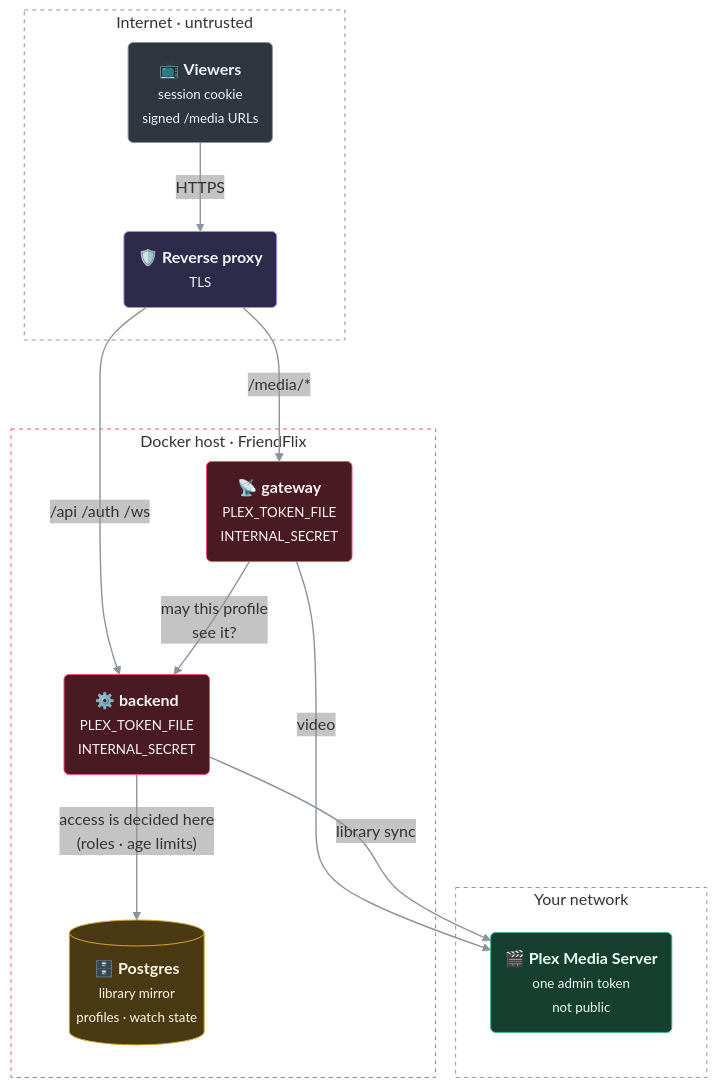
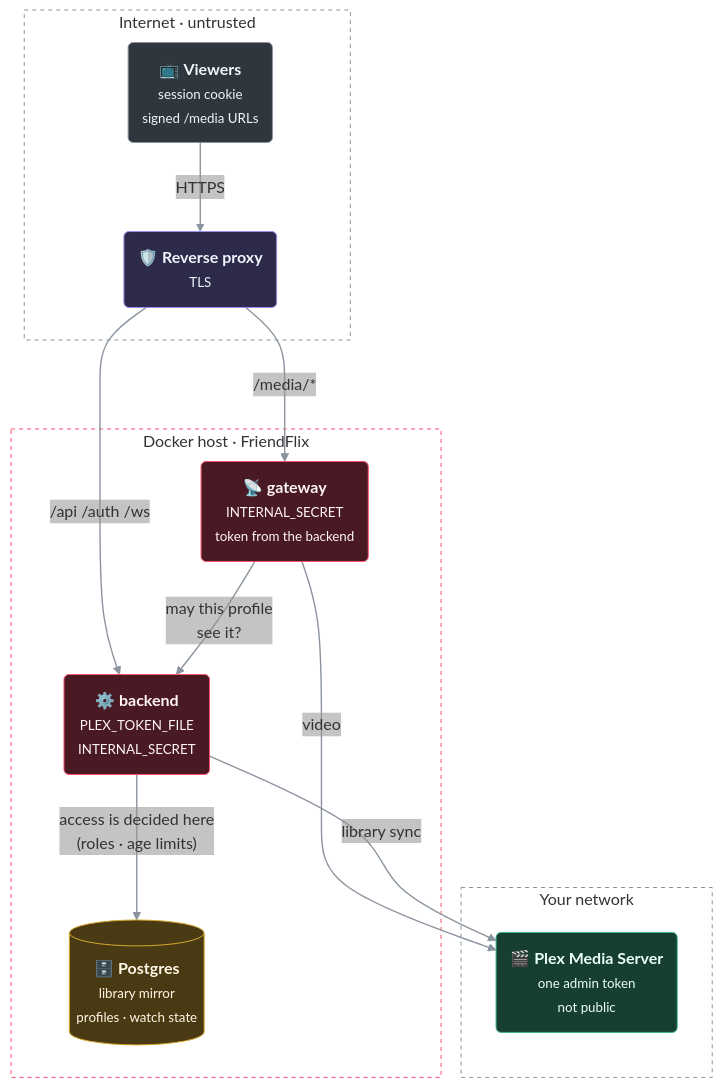
Before and after one commit to LetsManu/friendflix-plex: the fourth of 8 diagrams in docs/architecture.md, drawn with Mermaid. The commit also changed other lines of this file and 5 other files, not shown here.

First line of the commit message:
docs(plex): gateway gets the token from the backend everywhere; refresh interval, re-auth, DE quote, setup.md notes

````diff
--- a/docs/architecture.md
+++ b/docs/architecture.md
@@ -225,46 +225,46 @@
 ```mermaid
 ---
 config:
   flowchart:
     curve: basis
     nodeSpacing: 50
     rankSpacing: 65
     padding: 14
   themeVariables:
     edgeLabelBackground: 'rgba(150,150,150,0.12)'
   themeCSS: '.labelBkg { background-color: rgba(127,127,127,0.12) !important; }'
 ---
 flowchart TB
   accTitle: FriendFlix for Plex trust boundaries
-  accDescr: Viewers on the internet only hold a session cookie and signed media URLs. The Plex admin token lives only in the backend and gateway environment on the Docker host. The backend decides access from its Postgres mirror of the Plex library; the gateway asks it before every media request. Plex is on your own network and never reachable by a browser.
+  accDescr: Viewers on the internet only hold a session cookie and signed media URLs. The Plex admin token lives only in the backend (database, encrypted, or its environment); the gateway gets it from the backend over the internal network and keeps it in memory. The backend decides access from its Postgres mirror of the Plex library; the gateway asks it before every media request. Plex is on your own network and never reachable by a browser.
   subgraph PUB["Internet · untrusted"]
     V("📺 <b>Viewers</b><br/><small>session cookie<br/>signed /media URLs</small>"):::ext
     P("🛡️ <b>Reverse proxy</b><br/><small>TLS</small>"):::edge
   end
   subgraph HOST["Docker host · FriendFlix"]
-    GW("📡 <b>gateway</b><br/><small>PLEX_TOKEN_FILE<br/>INTERNAL_SECRET</small>"):::app
+    GW("📡 <b>gateway</b><br/><small>INTERNAL_SECRET<br/>token from the backend</small>"):::app
     BE("⚙️ <b>backend</b><br/><small>PLEX_TOKEN_FILE<br/>INTERNAL_SECRET</small>"):::app
     PG[("🗄️ <b>Postgres</b><br/><small>library mirror<br/>profiles · watch state</small>")]:::store
   end
   subgraph LAN["Your network"]
     PX("🎬 <b>Plex Media Server</b><br/><small>one admin token<br/>not public</small>"):::media
   end
   V -->|"HTTPS"| P
   P -->|"/media/*"| GW
   P -->|"/api /auth /ws"| BE
   GW -->|"may this profile<br/>see it?"| BE
   BE -->|"access is decided here<br/>(roles · age limits)"| PG
   GW ==>|"video"| PX
   BE -->|"library sync"| PX
   classDef ext fill:#30363d,stroke:#8b949e,stroke-width:1px,color:#f0f6fc
   classDef edge fill:#2d2a4a,stroke:#9d8cf0,stroke-width:1px,color:#f0f6fc
   classDef app fill:#4a1a24,stroke:#ff4f6d,stroke-width:1px,color:#fff5f7
   classDef store fill:#4a3a14,stroke:#d4a72c,stroke-width:1px,color:#fff8e6
   classDef media fill:#173f30,stroke:#3fb68b,stroke-width:1px,color:#eafff6
   classDef svc fill:#163e4c,stroke:#56b6d6,stroke-width:1px,color:#eaf9ff
   classDef fork fill:#4a1d3c,stroke:#e070b0,stroke-width:1px,stroke-dasharray:4 3,color:#fff0f8
   linkStyle default stroke:#8b949e,stroke-width:1.4px
   style PUB fill:none,stroke:#8b949e,stroke-width:1px,stroke-dasharray:4 4
   style LAN fill:none,stroke:#8b949e,stroke-width:1px,stroke-dasharray:4 4
   style HOST fill:none,stroke:#ff4f6d,stroke-width:1px,stroke-dasharray:4 4
 ```
````
